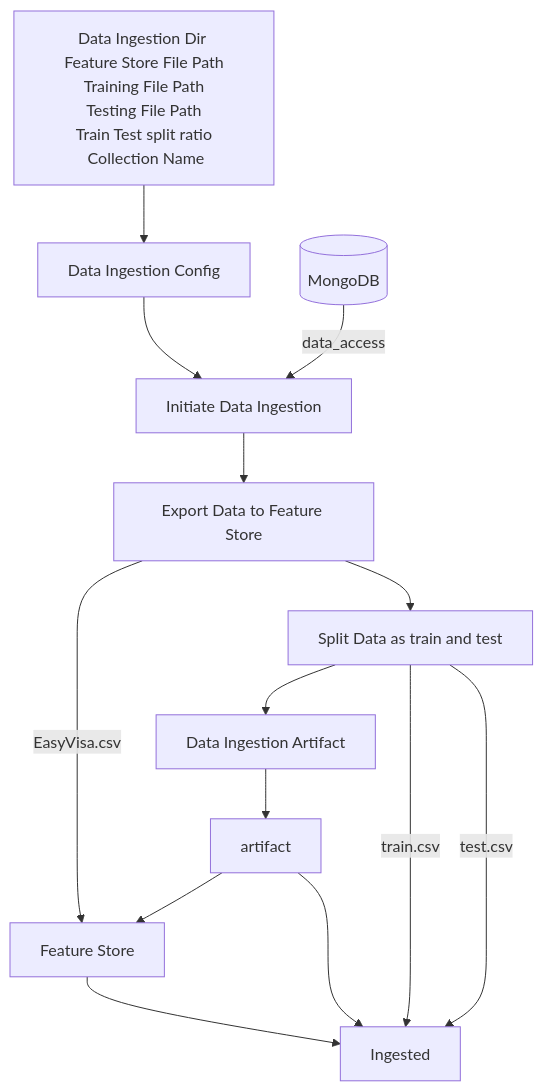
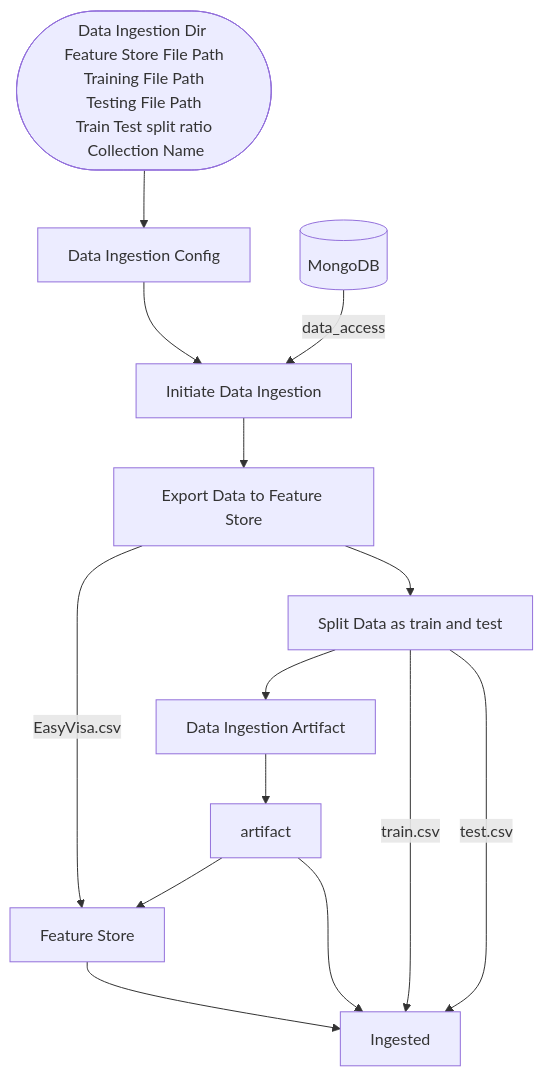
One commit to aatansen/Machine-Learning-Project-Implementation changed the second of 3 diagrams in README.md. Above: the diagram before and after it, drawn with Mermaid. The commit also changed other lines of this file and 13 other files, not shown here.

````diff
--- a/README.md
+++ b/README.md
@@ -904,24 +908,24 @@
 ```mermaid
 flowchart TD
-    Note1["Data Ingestion Dir &#xA Feature Store File Path &#xA Training File Path &#xA Testing File Path &#xA Train Test split ratio &#xA Collection Name"]
+    Note1(["Data Ingestion Dir &#xA Feature Store File Path &#xA Training File Path &#xA Testing File Path &#xA Train Test split ratio &#xA Collection Name"])
 
     A[Data Ingestion Config]
     Note1 --> A
     A --> B[Initiate Data Ingestion]
 
     MongoDB[(MongoDB)] -->|data_access| B
 
     B --> C[Export Data to Feature Store]
     C -->|EasyVisa.csv| FS[Feature Store]
 
     C --> D[Split Data as train and test]
     D --> E[Data Ingestion Artifact]
     ART --> FS
     E --> ART[artifact]
     ART --> ING[Ingested]
 
     D -->|train.csv| ING[Ingested]
     D -->|test.csv| ING[Ingested]
 
     FS --> ING
 ```
````
